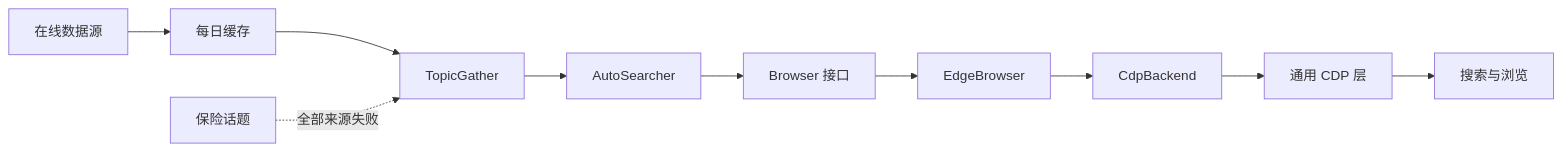
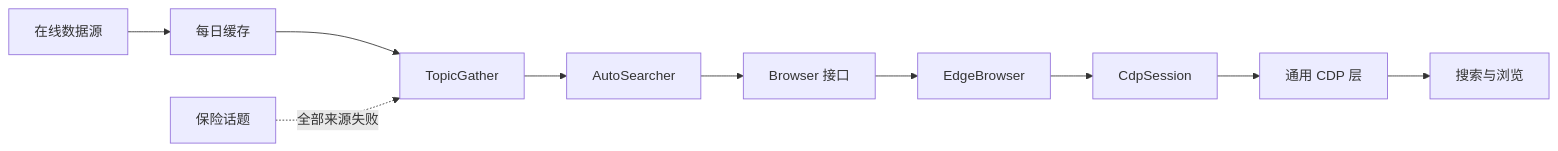
One commit to Ammmob/AutoSearcher changed the diagram in README.zh-CN.md. Above: the diagram before and after it, drawn with Mermaid. The commit also changed other lines of this file and 7 other files, not shown here.

Commit message:
refactor: replace backend abstraction with CDP session

````diff
--- a/README.zh-CN.md
+++ b/README.zh-CN.md
@@ -46,12 +46,12 @@
 ```mermaid
 flowchart LR
     Sources[在线数据源] --> Cache[每日缓存]
     Cache --> Gather[TopicGather]
     Fallback[保险话题] -. 全部来源失败 .-> Gather
     Gather --> Runner[AutoSearcher]
     Runner --> Browser[Browser 接口]
     Browser --> Edge[EdgeBrowser]
-    Edge --> Backend[CdpBackend]
-    Backend --> CDP[通用 CDP 层]
+    Edge --> Session[CdpSession]
+    Session --> CDP[通用 CDP 层]
     CDP --> Search[搜索与浏览]
 ```
````
